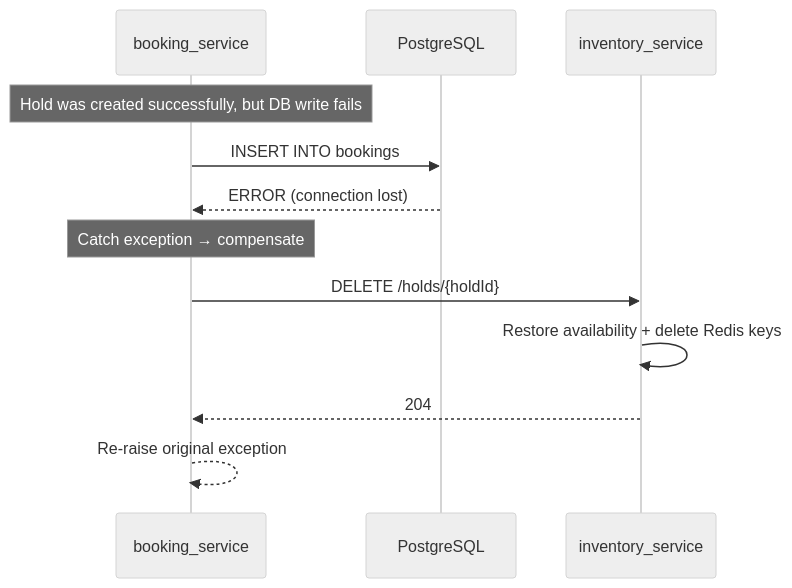
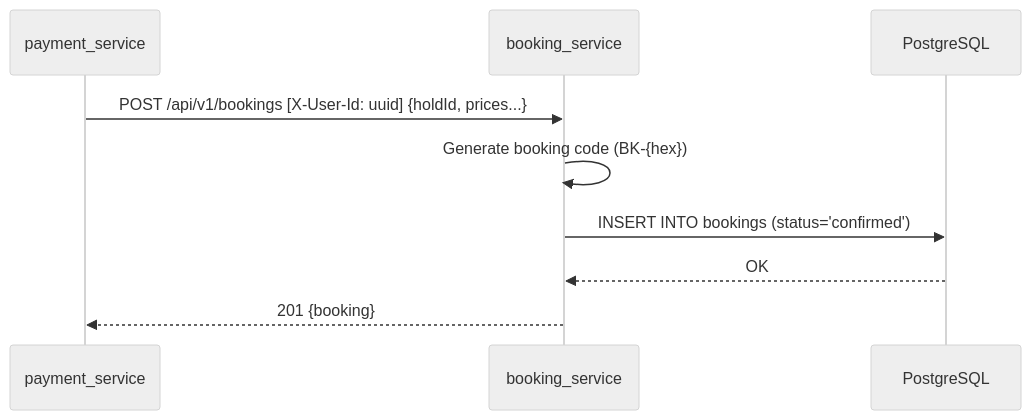
Before and after one commit to 5x5x5-cube/Proyecto-Final-Grupo-11-Backend: the diagram in services/booking_service/ARCHITECTURE.md, drawn with Mermaid (neutral theme). The commit also changed other lines of this file and 53 other files, not shown here.

````diff
--- a/services/booking_service/ARCHITECTURE.md
+++ b/services/booking_service/ARCHITECTURE.md
@@ -162,18 +98,12 @@
 ```mermaid
 sequenceDiagram
+    participant P as payment_service
     participant B as booking_service
     participant DB as PostgreSQL
-    participant I as inventory_service
 
-    Note over B: Hold was created successfully, but DB write fails
-
-    B->>DB: INSERT INTO bookings
-    DB-->>B: ERROR (connection lost)
-
-    Note over B: Catch exception → compensate
-    B->>I: DELETE /holds/{holdId}
-    I->>I: Restore availability + delete Redis keys
-    I-->>B: 204
-
-    B-->>B: Re-raise original exception
+    P->>B: POST /api/v1/bookings [X-User-Id: uuid] {holdId, prices...}
+    B->>B: Generate booking code (BK-{hex})
+    B->>DB: INSERT INTO bookings (status='confirmed')
+    DB-->>B: OK
+    B-->>P: 201 {booking}
 ```
````
